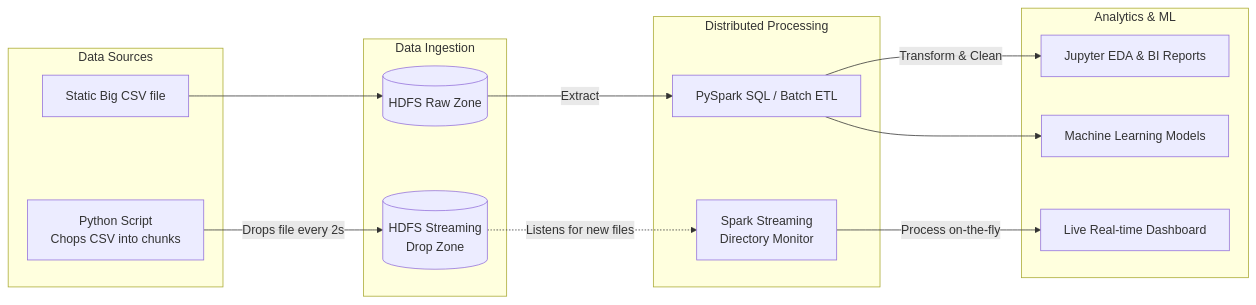
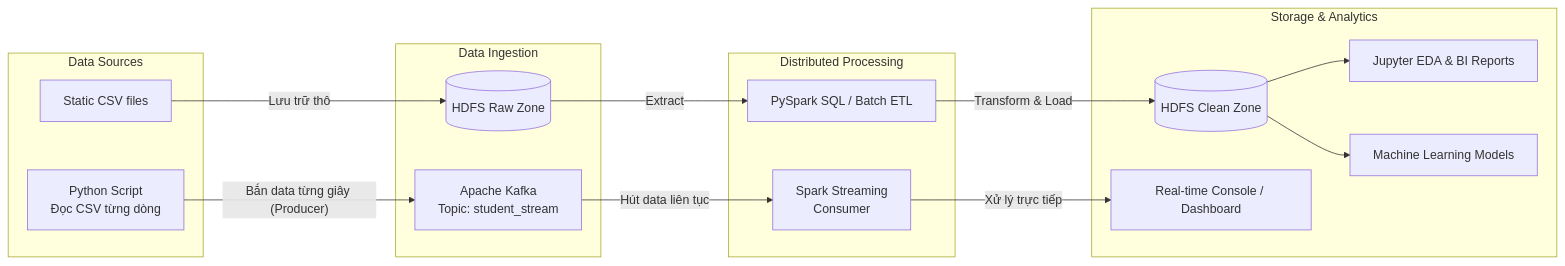
Before and after one commit to LeDoanPhu/BIGDATA: the diagram in README.md, drawn with Mermaid. The commit also changed other lines of this file and 7 other files, not shown here.

````diff
--- a/README.md
+++ b/README.md
@@ -18,31 +19,38 @@
 ```mermaid
 graph LR
     subgraph Data Sources
-        A1[Static Big CSV file]
-        A2[Python Script <br> Chops CSV into chunks]
+        A1[Static CSV files]
+        A2[Python Script <br> Đọc CSV từng dòng]
     end
 
     subgraph Data Ingestion
         B1[(HDFS Raw Zone)]
-        B2[(HDFS Streaming <br> Drop Zone)]
+        B2[Apache Kafka <br> Topic: student_stream]
     end
 
     subgraph Distributed Processing
         C1[PySpark SQL / Batch ETL]
-        C2[Spark Streaming <br> Directory Monitor]
+        C2[Spark Streaming <br> Consumer]
     end
 
-    subgraph Analytics & ML
+    subgraph Storage & Analytics
+        D1[(HDFS Clean Zone)]
         E1[Jupyter EDA & BI Reports]
         E2[Machine Learning Models]
-        E3[Live Real-time Dashboard]
+        E3[Real-time Console / Dashboard]
     end
 
-    A1 --> B1
-    A2 -->|Drops file every 2s| B2
-    B1 -->|Extract| C1
-    B2 -.->|Listens for new files| C2
-    C1 -->|Transform & Clean| E1
-    C1 --> E2
-    C2 -->|Process on-the-fly| E3
+    %% Luồng Batch
+    A1 --"Lưu trữ thô"--> B1
+    B1 --"Extract"--> C1
+    C1 --"Transform & Load"--> D1
+    
+    %% Luồng Streaming
+    A2 --"Bắn data từng giây (Producer)"--> B2
+    B2 --"Hút data liên tục"--> C2
+    C2 --"Xử lý trực tiếp"--> E3
+    
+    %% Phân tích & AI
+    D1 --> E1
+    D1 --> E2
 ```
````
